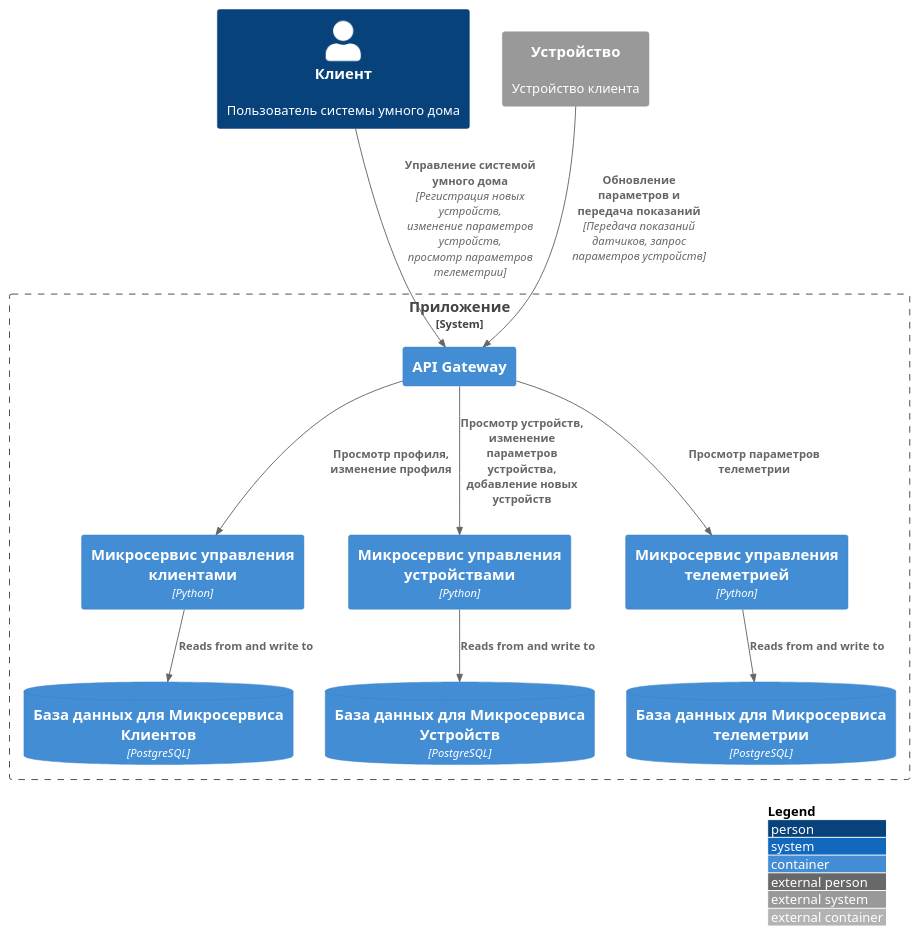
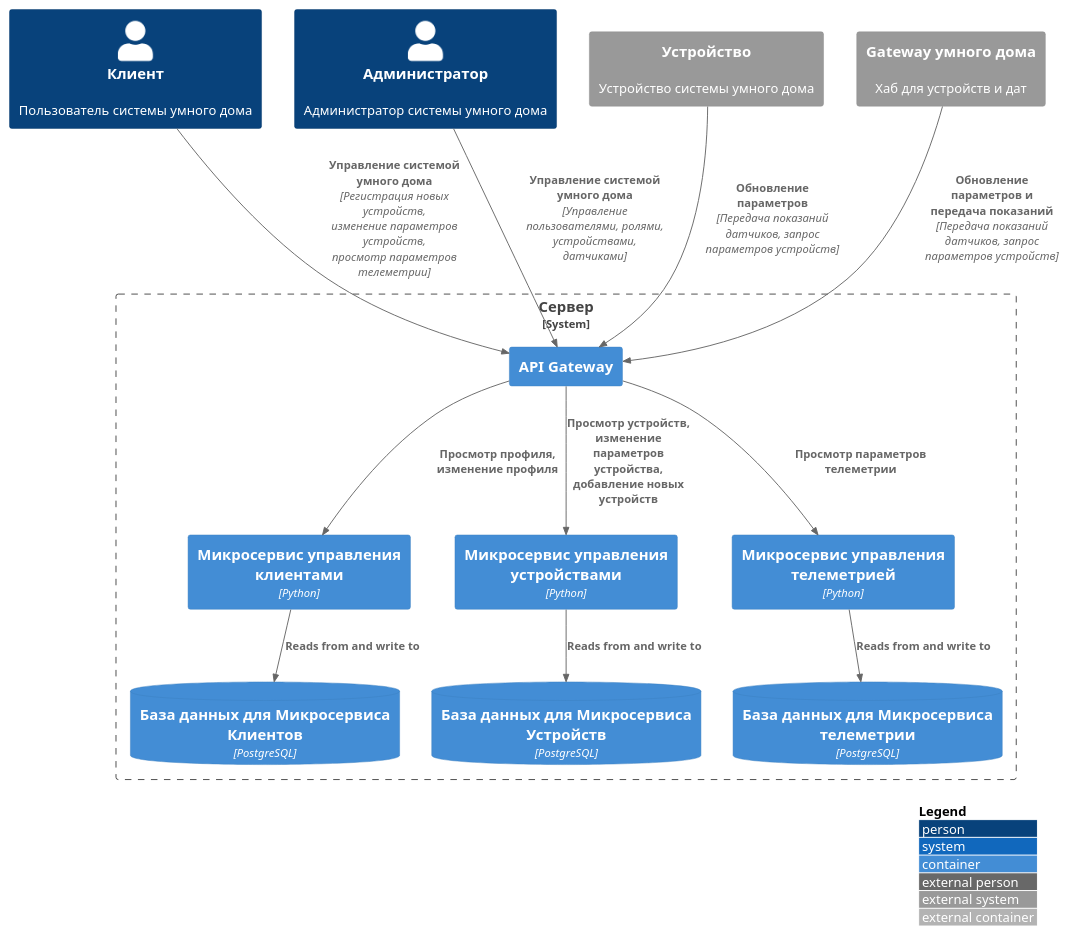
One commit to fireflysmk/architecture-sprint-3 changed the diagram in docs/docs/containers/containers.puml. Above: the diagram before and after it, drawn with PlantUML. The commit also changed 1 other file, not shown here.

Commit message:
Изменение в диаграмме контейнеров, добавление диаграммы компонента

```diff
--- a/docs/docs/containers/containers.puml
+++ b/docs/docs/containers/containers.puml
@@ -1,33 +1,38 @@
 @startuml
 !include https://raw.githubusercontent.com/plantuml-stdlib/C4-PlantUML/master/C4_Container.puml
 
 skinparam wrapWidth 300
 LAYOUT_WITH_LEGEND()
 
 
 Person(user, "Клиент", "Пользователь системы умного дома")
-System_Ext(device, "Устройство", "Устройство клиента")
+Person(admin, "Администратор", "Администратор системы умного дома")
+System_Ext(device, "Устройство", "Устройство системы умного дома")
+System_Ext(sensor, "Датчик", "Датчик системы умного дома")
+System_Ext(sensor, "Gateway умного дома", "Хаб для устройств и дат")
 
-System_Boundary(system, "Приложение", "Позволяет управлять устройствами пользователям и собирать с них информацию") {
+System_Boundary(system, "Сервер", "Позволяет управлять устройствами пользователям и собирать с них информацию") {
     Container(users, "Микросервис управления клиентами", "Python")
     Container(devices, "Микросервис управления устройствами", "Python")
     Container(telemetry, "Микросервис управления телеметрией", "Python")
     Container(gateway, "API Gateway")
     ContainerDb(db_users, "База данных для Микросервиса Клиентов", "PostgreSQL")
     ContainerDb(db_devices, "База данных для Микросервиса Устройств", "PostgreSQL")
     ContainerDb(db_telemetry, "База данных для Микросервиса телеметрии", "PostgreSQL")
 }
 
 Rel(users, db_users, "Reads from and write to")
 Rel(devices, db_devices, "Reads from and write to")
 Rel(telemetry, db_telemetry, "Reads from and write to")
 
 Rel(user, gateway, "Управление системой умного дома", "Регистрация новых устройств, изменение параметров устройств, просмотр параметров телеметрии")
+Rel(admin, gateway, "Управление системой умного дома", "Управление пользователями, ролями, устройствами, датчиками")
 
 Rel(gateway, users, "Просмотр профиля, изменение профиля")
 Rel(gateway, devices, "Просмотр устройств, изменение параметров устройства, добавление новых устройств")
 Rel(gateway, telemetry, "Просмотр параметров телеметрии")
 
-Rel(device, gateway, "Обновление параметров и передача показаний", "Передача показаний датчиков, запрос параметров устройств")
+Rel(device, gateway, "Обновление параметров", "Передача показаний датчиков, запрос параметров устройств")
+Rel(sensor, gateway, "Обновление параметров и передача показаний", "Передача показаний датчиков, запрос параметров устройств")
 
 @enduml
```
